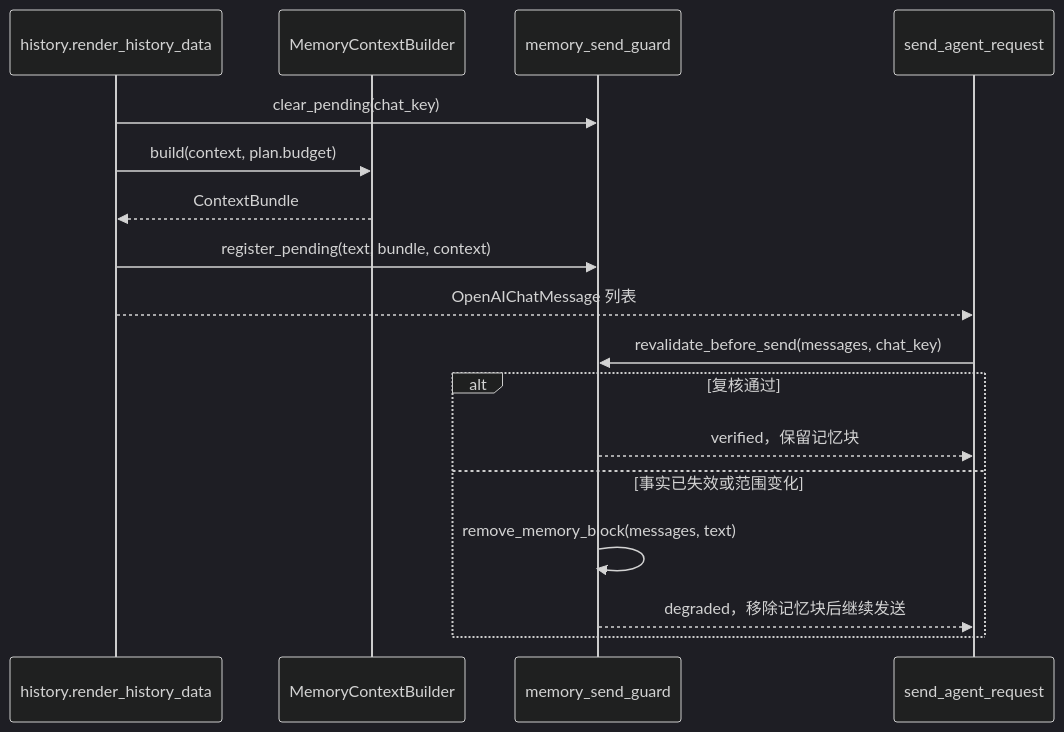
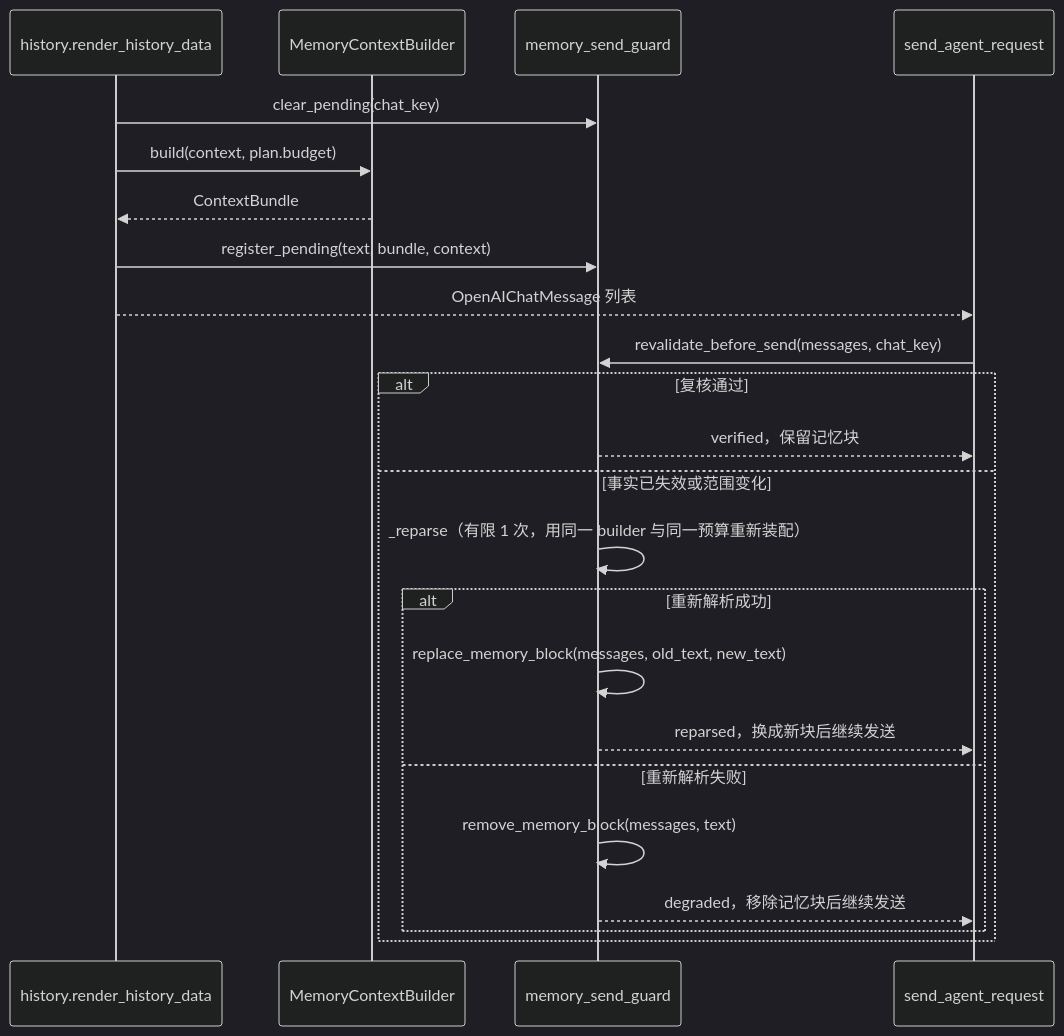
Before and after one commit to Fantasyduck/nekro-agent: the diagram in docs/memory/send-guard-budget.md, drawn with Mermaid (dark theme). The commit also changed other lines of this file and 1 other file, not shown here.

Commit message:
docs(memory): document unified budget, priority order and limited reparse

````diff
--- a/docs/memory/send-guard-budget.md
+++ b/docs/memory/send-guard-budget.md
@@ -7,19 +7,25 @@
 ```mermaid
 sequenceDiagram
     participant H as history.render_history_data
     participant B as MemoryContextBuilder
     participant G as memory_send_guard
     participant S as send_agent_request
     H->>G: clear_pending(chat_key)
     H->>B: build(context, plan.budget)
     B-->>H: ContextBundle
     H->>G: register_pending(text, bundle, context)
     H-->>S: OpenAIChatMessage 列表
     S->>G: revalidate_before_send(messages, chat_key)
     alt 复核通过
         G-->>S: verified，保留记忆块
     else 事实已失效或范围变化
-        G->>G: remove_memory_block(messages, text)
-        G-->>S: degraded，移除记忆块后继续发送
+        G->>G: _reparse（有限 1 次，用同一 builder 与同一预算重新装配）
+        alt 重新解析成功
+            G->>G: replace_memory_block(messages, old_text, new_text)
+            G-->>S: reparsed，换成新块后继续发送
+        else 重新解析失败
+            G->>G: remove_memory_block(messages, text)
+            G-->>S: degraded，移除记忆块后继续发送
+        end
     end
 ```
````
